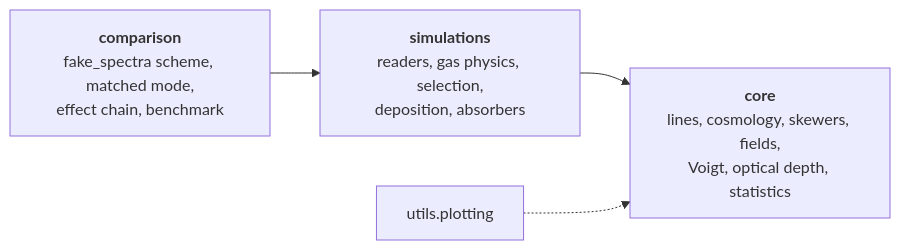
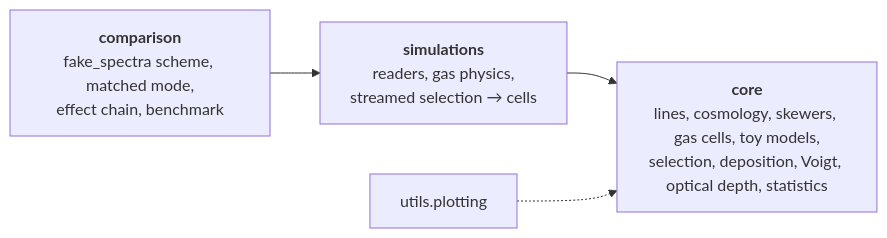
Before and after one commit to daniellopezcano/SkewerJAX: the first of 2 diagrams in README.md, drawn with Mermaid. The commit also changed other lines of this file and 39 other files, not shown here.

````diff
--- a/README.md
+++ b/README.md
@@ -31,7 +34,7 @@
 ```mermaid
 flowchart LR
     C["<b>comparison</b><br/>fake_spectra scheme, matched mode,<br/>effect chain, benchmark"] --> B
-    B["<b>simulations</b><br/>readers, gas physics, selection,<br/>deposition, absorbers"] --> A
-    A["<b>core</b><br/>lines, cosmology, skewers, fields,<br/>Voigt, optical depth, statistics"]
+    B["<b>simulations</b><br/>readers, gas physics,<br/>streamed selection → cells"] --> A
+    A["<b>core</b><br/>lines, cosmology, skewers, gas cells, toy models,<br/>selection, deposition, Voigt, optical depth, statistics"]
     U["utils.plotting"] -.-> A
 ```
````
